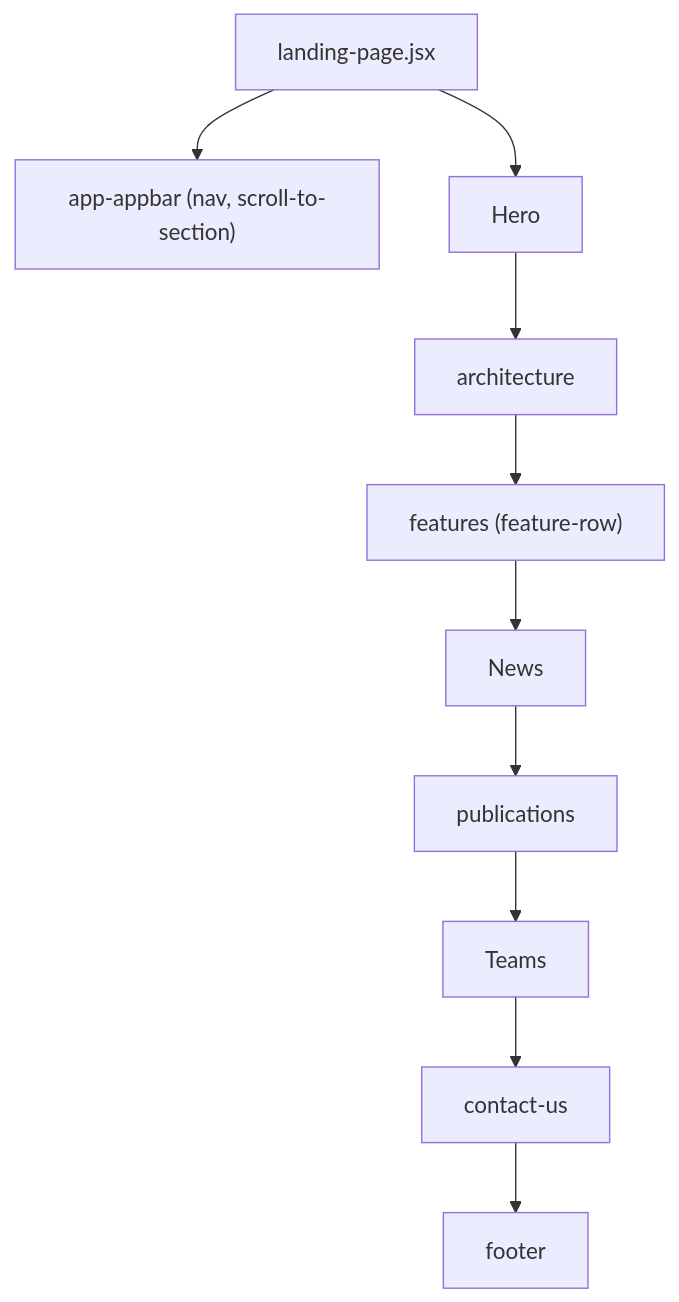
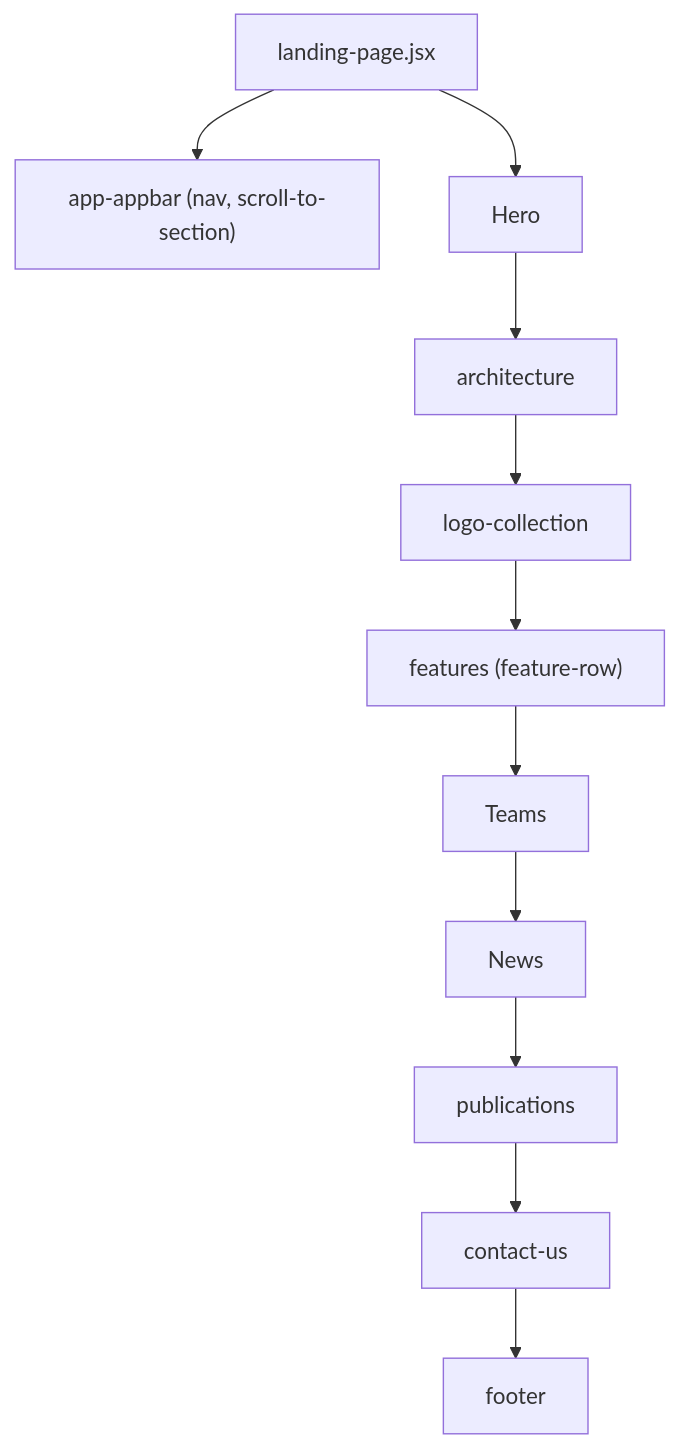
The third of 6 diagrams in indicatorframework/docs/UI_ARCHITECTURE.md (ude-soco/openlap-official), drawn with Mermaid before and after one commit. The commit also changed other lines of this file and 5 other files, not shown here.

````diff
--- a/indicatorframework/docs/UI_ARCHITECTURE.md
+++ b/indicatorframework/docs/UI_ARCHITECTURE.md
@@ -406,6 +408,6 @@
 ```mermaid
 flowchart TD
   LP["landing-page.jsx"] --> AppBar["app-appbar (nav, scroll-to-section)"]
-  LP --> Hero --> Arch["architecture"] --> Feat["features (feature-row)"]
-  Feat --> News --> Pubs["publications"] --> Teams --> Contact["contact-us"] --> Foot["footer"]
+  LP --> Hero --> Arch["architecture"] --> Logos["logo-collection"] --> Feat["features (feature-row)"]
+  Feat --> Teams --> News --> Pubs["publications"] --> Contact["contact-us"] --> Foot["footer"]
 ```
````
